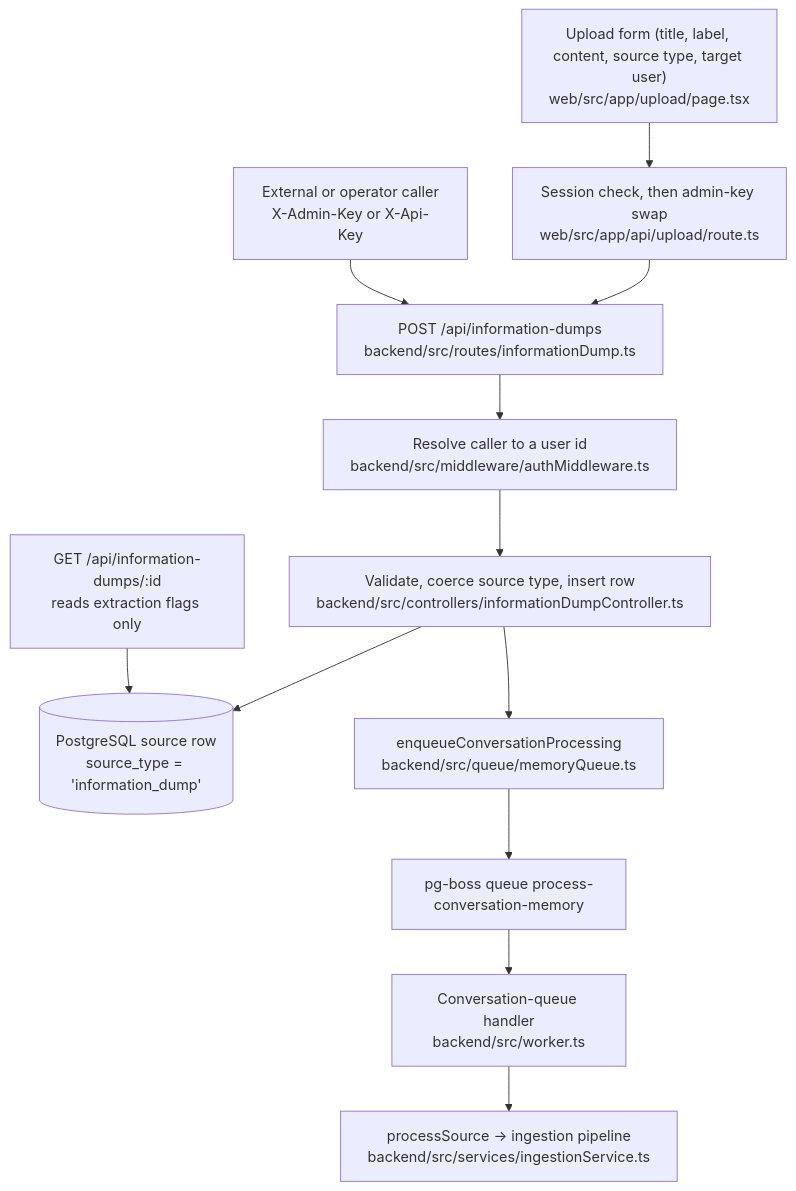
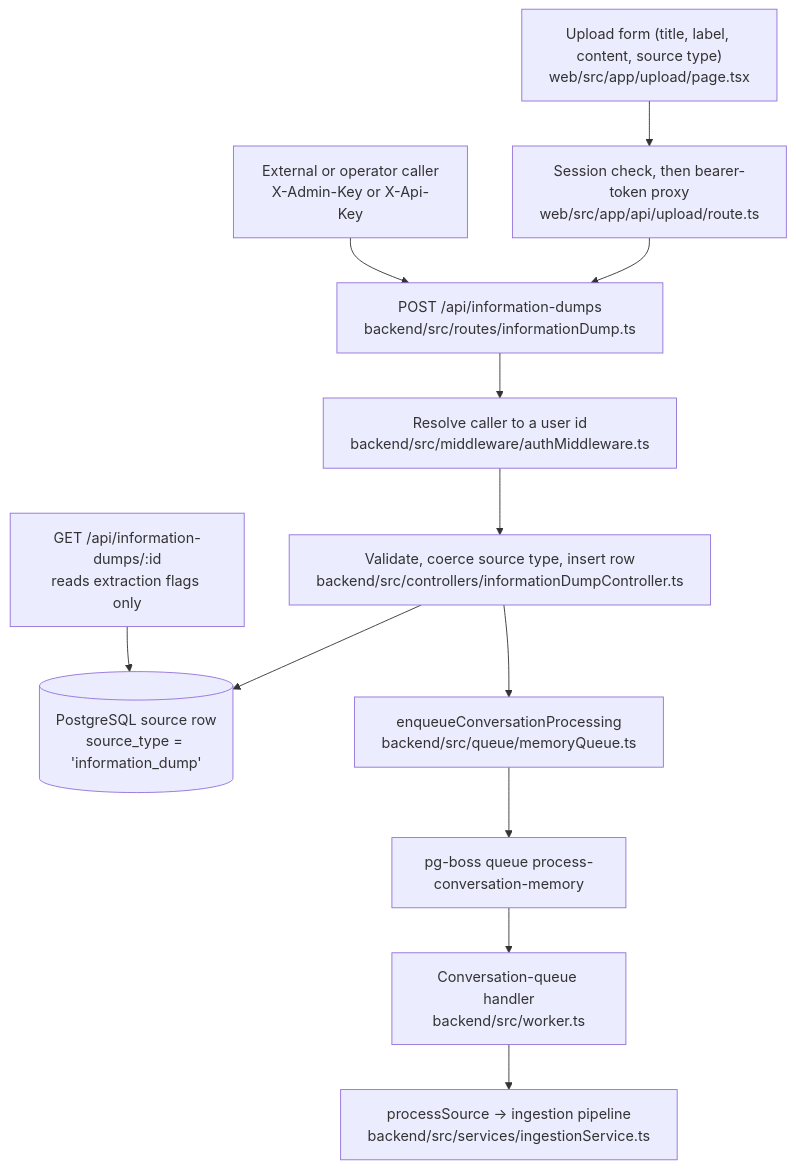
Before and after one commit to CaptainCrouton89/Saturn: the diagram in .crouter/memory/arch/information-dumps.md, drawn with Mermaid. The commit also changed other lines of this file and 5 other files, not shown here.

Commit message:
docs(memory): record graph tenant boundary

````diff
--- a/.crouter/memory/arch/information-dumps.md
+++ b/.crouter/memory/arch/information-dumps.md
@@ -46,14 +46,14 @@
 ```mermaid
 flowchart TD
-    W1["Upload form (title, label, content, source type, target user)<br/>web/src/app/upload/page.tsx"] --> W2["Session check, then admin-key swap<br/>web/src/app/api/upload/route.ts"]
+    W1["Upload form (title, label, content, source type)<br/>web/src/app/upload/page.tsx"] --> W2["Session check, then bearer-token proxy<br/>web/src/app/api/upload/route.ts"]
     W2 --> R["POST /api/information-dumps<br/>backend/src/routes/informationDump.ts"]
     X["External or operator caller<br/>X-Admin-Key or X-Api-Key"] --> R
     R --> M["Resolve caller to a user id<br/>backend/src/middleware/authMiddleware.ts"]
     M --> C["Validate, coerce source type, insert row<br/>backend/src/controllers/informationDumpController.ts"]
     C --> DB[("PostgreSQL source row<br/>source_type = 'information_dump'")]
     C --> Q["enqueueConversationProcessing<br/>backend/src/queue/memoryQueue.ts"]
     Q --> K["pg-boss queue process-conversation-memory"]
     K --> WK["Conversation-queue handler<br/>backend/src/worker.ts"]
     WK --> P["processSource → ingestion pipeline<br/>backend/src/services/ingestionService.ts"]
     S["GET /api/information-dumps/:id<br/>reads extraction flags only"] --> DB
 ```
````
